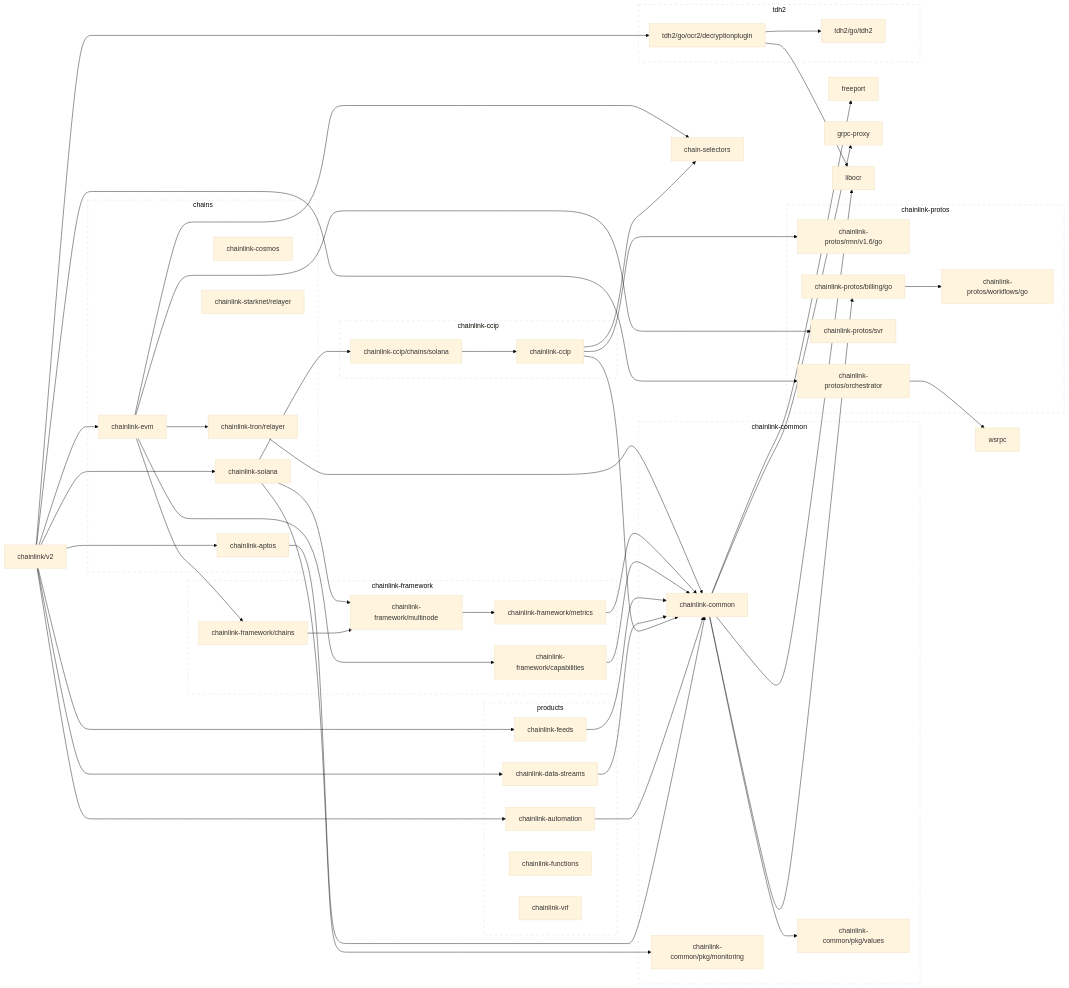
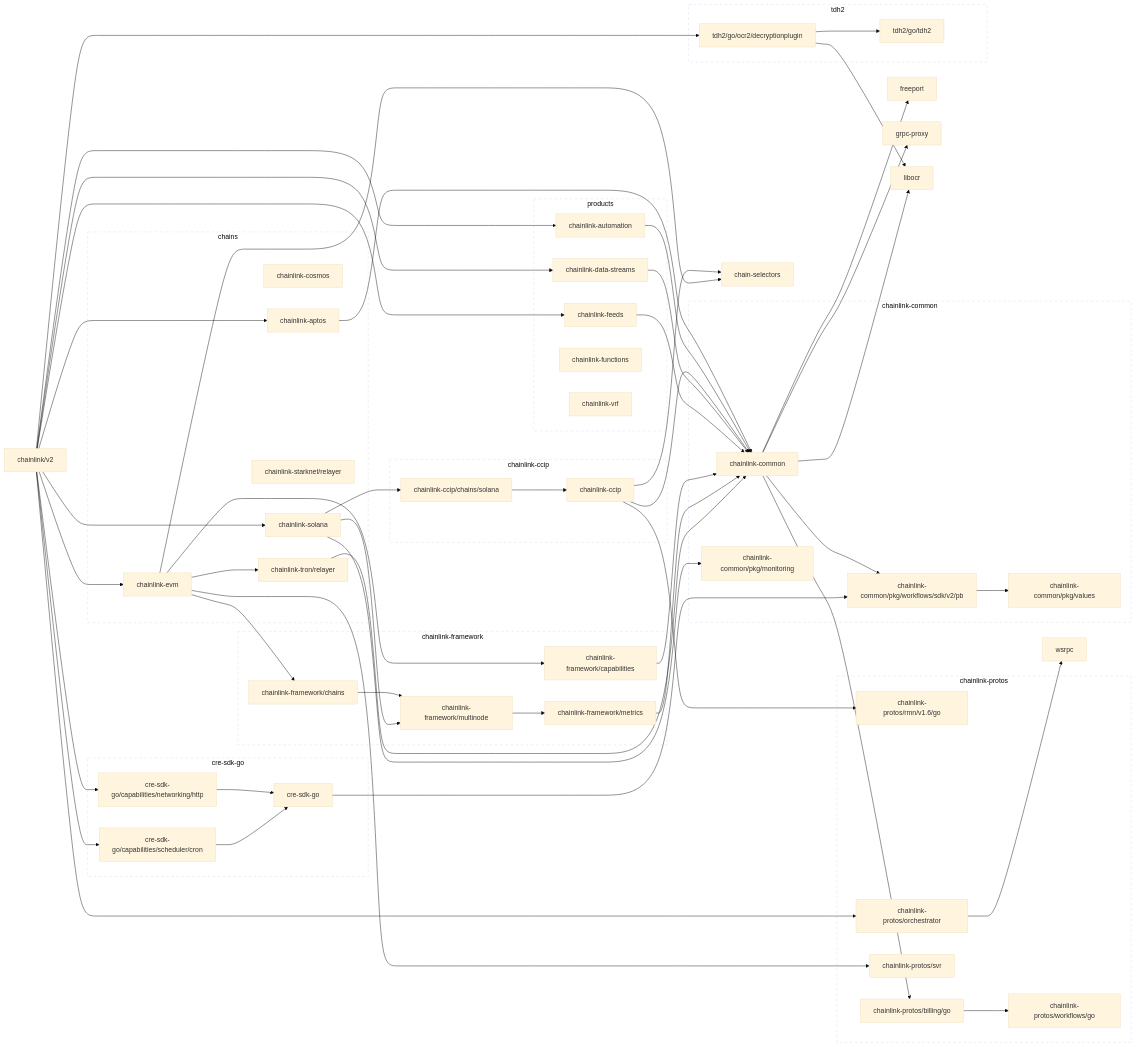
The first of 2 diagrams in go.md (JohnDaWalka/chainlink), drawn with Mermaid (base theme) before and after one commit. The commit also changed other lines of this file and 24 other files, not shown here.

First line of the commit message:
Update to use the new SDK and the new protos generated in common (#18488)

````diff
--- a/go.md
+++ b/go.md
@@ -34,7 +34,7 @@
 	click chainlink-ccip href "https://github.com/smartcontractkit/chainlink-ccip"
 	chainlink-ccip/chains/solana --> chainlink-ccip
 	click chainlink-ccip/chains/solana href "https://github.com/smartcontractkit/chainlink-ccip"
-	chainlink-common --> chainlink-common/pkg/values
+	chainlink-common --> chainlink-common/pkg/workflows/sdk/v2/pb
 	chainlink-common --> chainlink-protos/billing/go
 	chainlink-common --> freeport
 	chainlink-common --> grpc-proxy
@@ -44,6 +44,8 @@
 	click chainlink-common/pkg/monitoring href "https://github.com/smartcontractkit/chainlink-common"
 	chainlink-common/pkg/values
 	click chainlink-common/pkg/values href "https://github.com/smartcontractkit/chainlink-common"
+	chainlink-common/pkg/workflows/sdk/v2/pb --> chainlink-common/pkg/values
+	click chainlink-common/pkg/workflows/sdk/v2/pb href "https://github.com/smartcontractkit/chainlink-common"
 	chainlink-data-streams --> chainlink-common
 	click chainlink-data-streams href "https://github.com/smartcontractkit/chainlink-data-streams"
 	chainlink-evm --> chain-selectors
@@ -85,8 +87,16 @@
 	chainlink/v2 --> chainlink-feeds
 	chainlink/v2 --> chainlink-protos/orchestrator
 	chainlink/v2 --> chainlink-solana
+	chainlink/v2 --> cre-sdk-go/capabilities/networking/http
+	chainlink/v2 --> cre-sdk-go/capabilities/scheduler/cron
 	chainlink/v2 --> tdh2/go/ocr2/decryptionplugin
 	click chainlink/v2 href "https://github.com/smartcontractkit/chainlink"
+	cre-sdk-go --> chainlink-common/pkg/workflows/sdk/v2/pb
+	click cre-sdk-go href "https://github.com/smartcontractkit/cre-sdk-go"
+	cre-sdk-go/capabilities/networking/http --> cre-sdk-go
+	click cre-sdk-go/capabilities/networking/http href "https://github.com/smartcontractkit/cre-sdk-go"
+	cre-sdk-go/capabilities/scheduler/cron --> cre-sdk-go
+	click cre-sdk-go/capabilities/scheduler/cron href "https://github.com/smartcontractkit/cre-sdk-go"
 	freeport
 	click freeport href "https://github.com/smartcontractkit/freeport"
 	grpc-proxy
@@ -111,6 +121,7 @@
 		 chainlink-common
 		 chainlink-common/pkg/monitoring
 		 chainlink-common/pkg/values
+		 chainlink-common/pkg/workflows/sdk/v2/pb
 	end
 	click chainlink-common-repo href "https://github.com/smartcontractkit/chainlink-common"
 
@@ -131,6 +142,13 @@
 	end
 	click chainlink-protos-repo href "https://github.com/smartcontractkit/chainlink-protos"
 
+	subgraph cre-sdk-go-repo[cre-sdk-go]
+		 cre-sdk-go
+		 cre-sdk-go/capabilities/networking/http
+		 cre-sdk-go/capabilities/scheduler/cron
+	end
+	click cre-sdk-go-repo href "https://github.com/smartcontractkit/cre-sdk-go"
+
 	subgraph tdh2-repo[tdh2]
 		 tdh2/go/ocr2/decryptionplugin
 		 tdh2/go/tdh2
@@ -138,5 +156,5 @@
 	click tdh2-repo href "https://github.com/smartcontractkit/tdh2"
 
 	classDef outline stroke-dasharray:6,fill:none;
-	class chainlink-ccip-repo,chainlink-common-repo,chainlink-framework-repo,chainlink-protos-repo,tdh2-repo outline
+	class chainlink-ccip-repo,chainlink-common-repo,chainlink-framework-repo,chainlink-protos-repo,cre-sdk-go-repo,tdh2-repo outline
 ```
````
